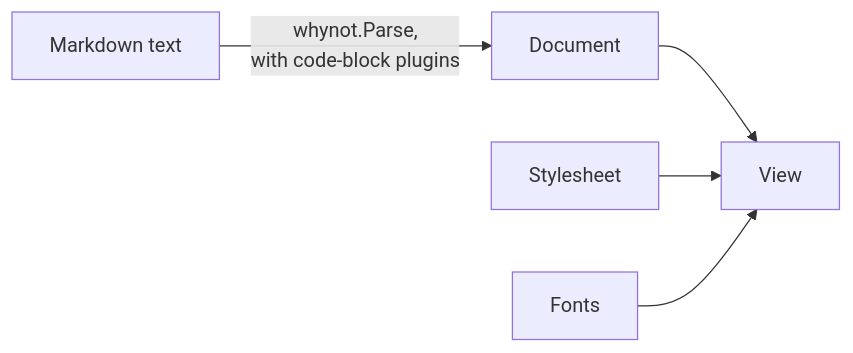
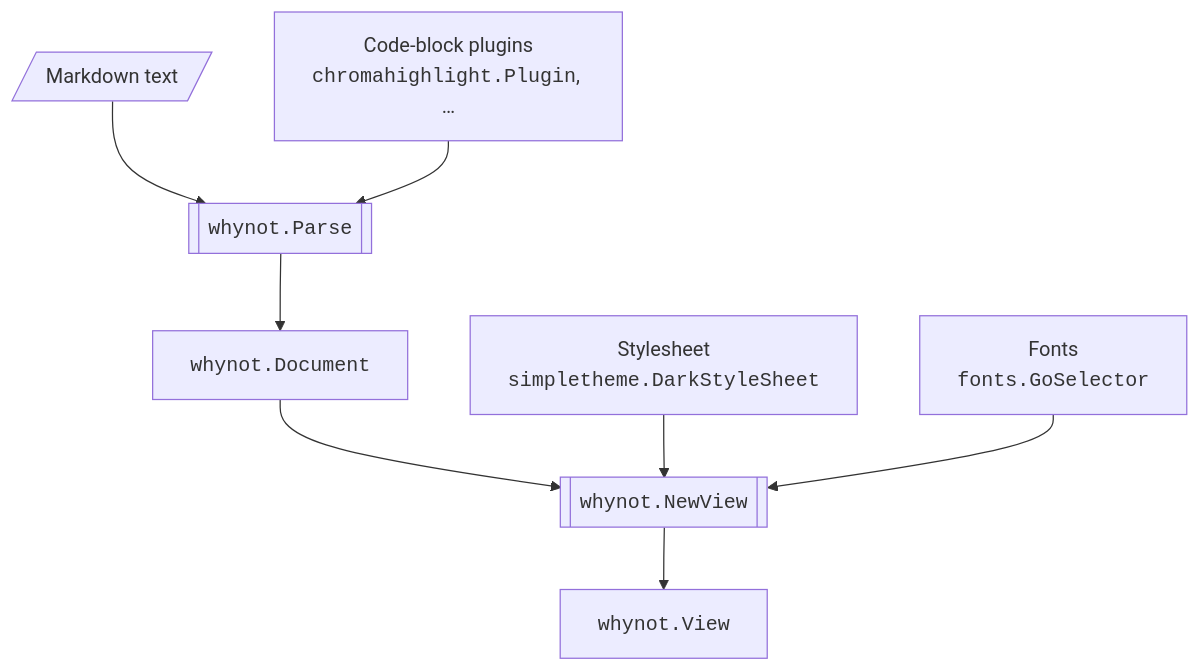
One commit to arnodel/whynot changed the first of 2 diagrams in README.md. Above: the diagram before and after it, drawn with Mermaid. The commit also changed other lines of this file, not shown here.

Commit message:
docs: README diagrams with real names, code-formatted, and function shapes

````diff
--- a/README.md
+++ b/README.md
@@ -269,7 +270,18 @@
 ```mermaid
-flowchart LR
-    md["Markdown text"] -- "whynot.Parse,<br/>with code-block plugins" --> doc["Document"]
-    doc --> view["View"]
-    sheet["Stylesheet"] --> view
-    fonts["Fonts"] --> view
+flowchart TB
+    md[/"Markdown text"/]
+    plugins["Code-block plugins<br/><code>chromahighlight.Plugin</code>, …"]
+    parse[["<code>whynot.Parse</code>"]]
+    doc["<code>whynot.Document</code>"]
+    sheet["Stylesheet<br/><code>simpletheme.DarkStyleSheet</code>"]
+    fonts["Fonts<br/><code>fonts.GoSelector</code>"]
+    newview[["<code>whynot.NewView</code>"]]
+    view["<code>whynot.View</code>"]
+    md --> parse
+    plugins --> parse
+    parse --> doc
+    doc --> newview
+    sheet --> newview
+    fonts --> newview
+    newview --> view
 ```
````
